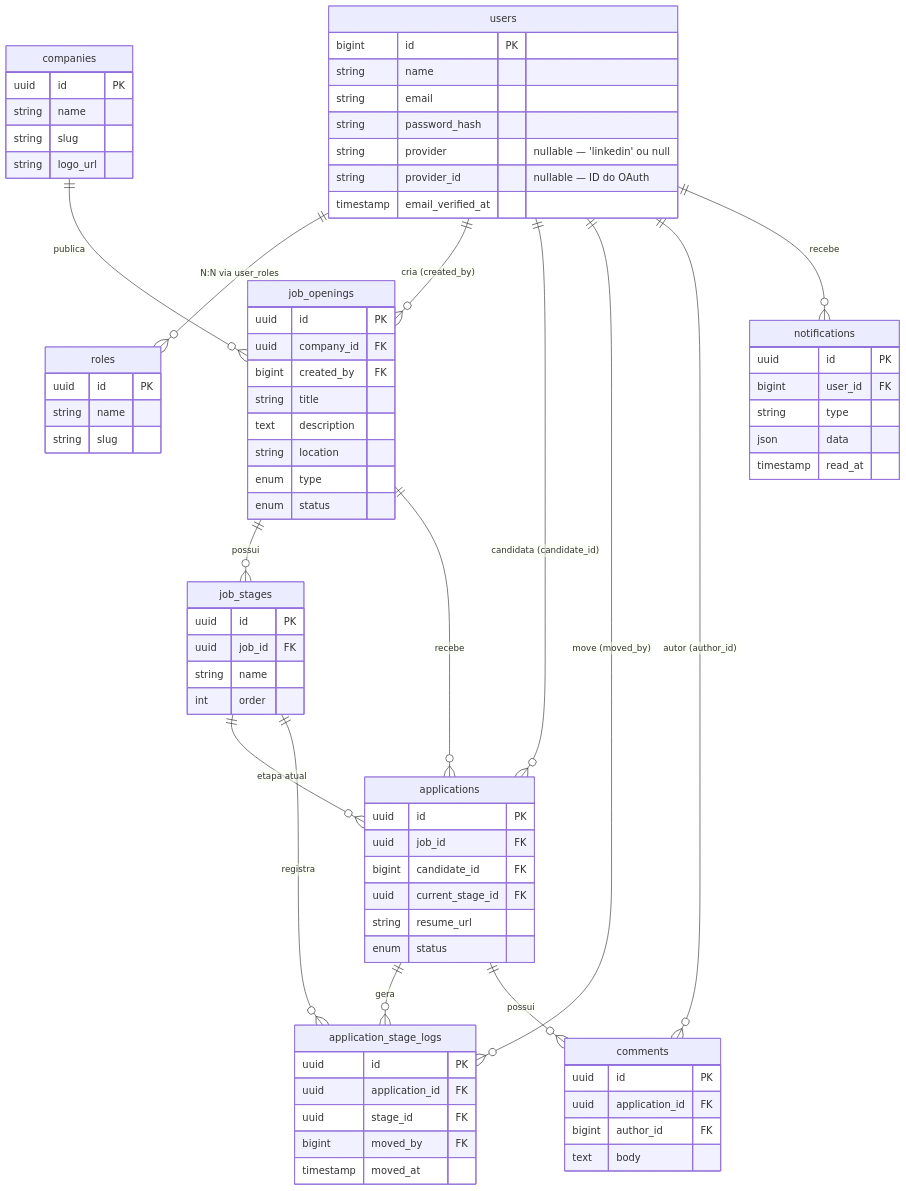
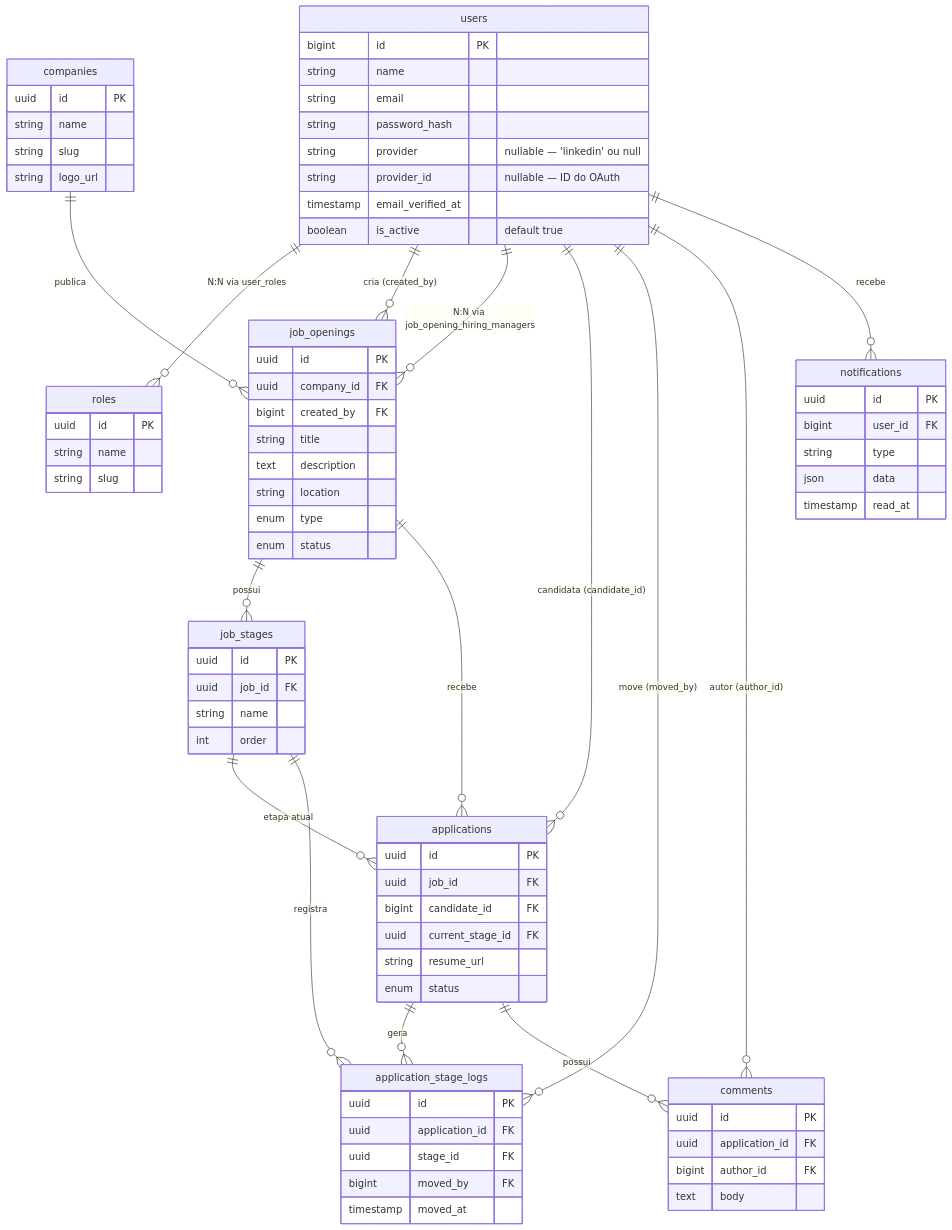
One commit to stxrdust999/hireflow-api changed the diagram in docs/03-database.md. Above: the diagram before and after it, drawn with Mermaid. The commit also changed other lines of this file and 2 other files, not shown here.

```diff
--- a/docs/03-database.md
+++ b/docs/03-database.md
@@ -44,6 +44,7 @@
         string provider "nullable — 'linkedin' ou null"
         string provider_id "nullable — ID do OAuth"
         timestamp email_verified_at
+        boolean is_active "default true"
     }
     roles {
         uuid id PK
@@ -103,6 +104,7 @@
 
     users ||--o{ roles : "N:N via user_roles"
     users ||--o{ job_openings : "cria (created_by)"
+    users ||--o{ job_openings : "N:N via job_opening_hiring_managers"
     companies ||--o{ job_openings : "publica"
     job_openings ||--o{ job_stages : "possui"
     job_openings ||--o{ applications : "recebe"
```
